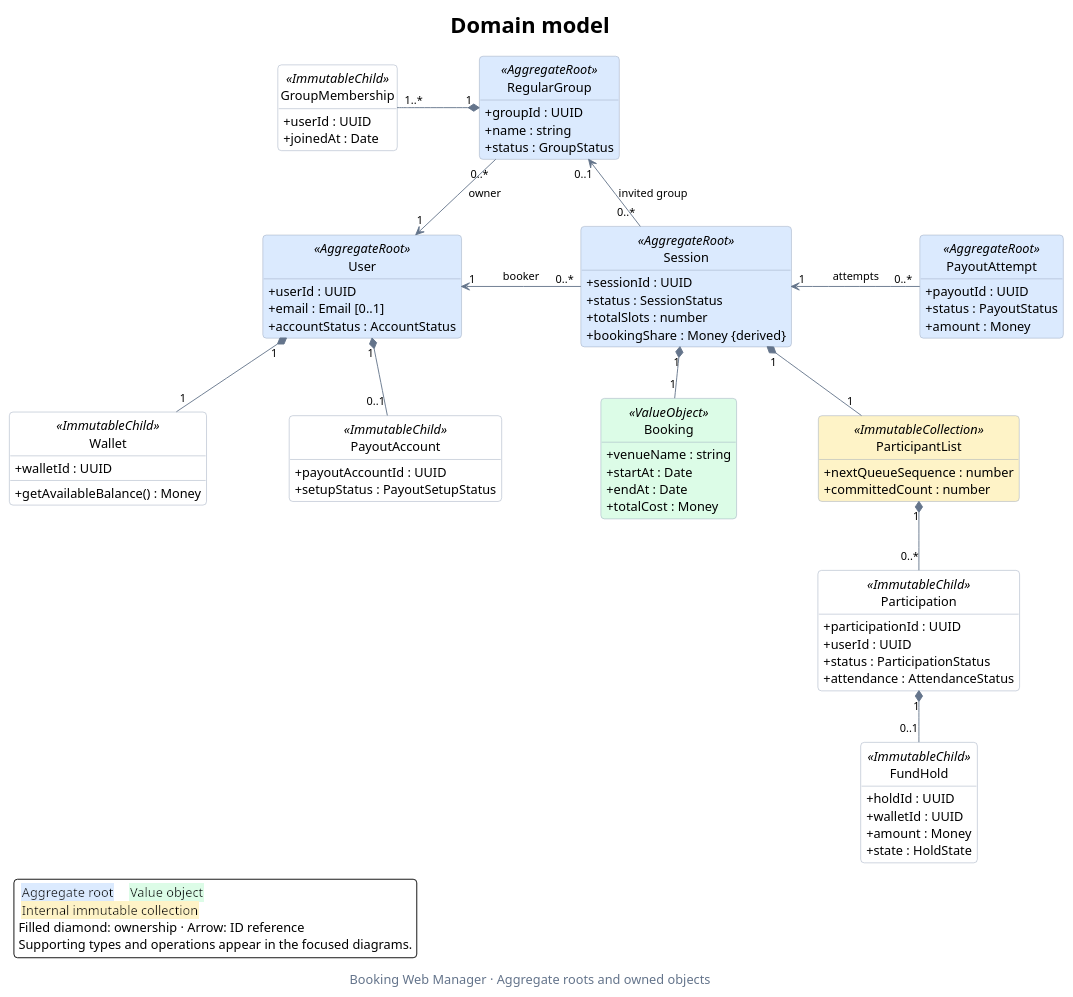
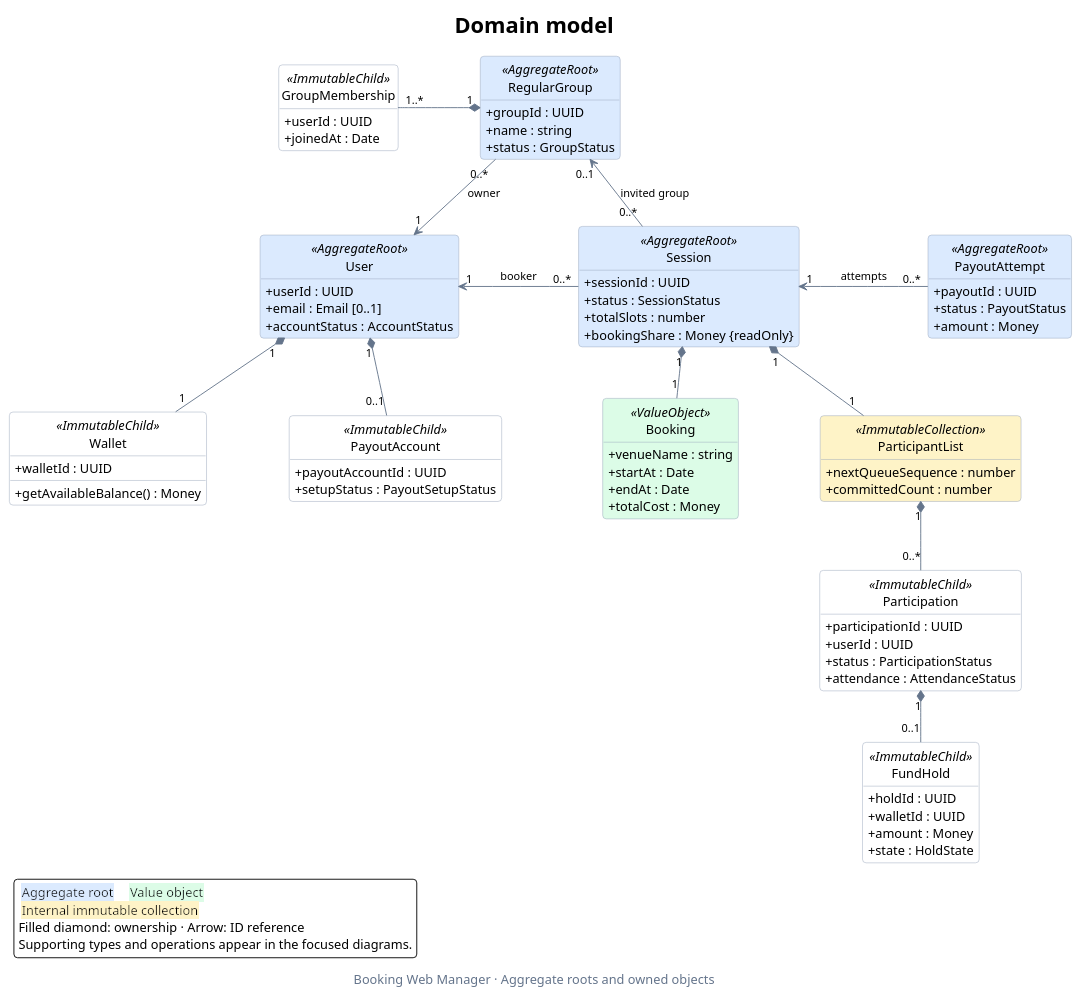
Before and after one commit to rbrishi15/booking-web-manager: the diagram in docs/domain-class-diagram.puml, drawn with PlantUML. The commit also changed 67 other files, not shown here.

```diff
--- a/docs/domain-class-diagram.puml
+++ b/docs/domain-class-diagram.puml
@@ -1,105 +1,105 @@
 @startuml domain-class-diagram
 ' Main view: aggregate ownership and the main cross-aggregate references.
 ' Supporting values, role views, ledger queries and operations are in diagrams/.
 title Domain model
 caption Booking Web Manager · Aggregate roots and owned objects
 
 top to bottom direction
 hide circle
 hide empty members
 skinparam backgroundColor #FFFFFF
 skinparam shadowing false
 skinparam roundcorner 8
 skinparam defaultFontName SansSerif
 skinparam defaultFontSize 14
 skinparam titleFontSize 24
 skinparam captionFontColor #64748B
 skinparam ArrowColor #64748B
 skinparam ArrowFontSize 12
 skinparam classBorderColor #94A3B8
 skinparam classBackgroundColor #FFFFFF
 skinparam classBackgroundColor<<AggregateRoot>> #DBEAFE
 skinparam classBackgroundColor<<ValueObject>> #DCFCE7
 skinparam classBackgroundColor<<ImmutableCollection>> #FEF3C7
 skinparam classAttributeIconSize 0
 skinparam linetype polyline
 skinparam nodesep 90
 skinparam ranksep 55
 
 class User <<AggregateRoot>> {
   +userId : UUID
   +email : Email [0..1]
   +accountStatus : AccountStatus
 }
 class RegularGroup <<AggregateRoot>> {
   +groupId : UUID
   +name : string
   +status : GroupStatus
 }
 class Session <<AggregateRoot>> {
   +sessionId : UUID
   +status : SessionStatus
   +totalSlots : number
-  +bookingShare : Money {derived}
+  +bookingShare : Money {readOnly}
 }
 class PayoutAttempt <<AggregateRoot>> {
   +payoutId : UUID
   +status : PayoutStatus
   +amount : Money
 }
 class Wallet <<ImmutableChild>> {
   +walletId : UUID
   +getAvailableBalance() : Money
 }
 class PayoutAccount <<ImmutableChild>> {
   +payoutAccountId : UUID
   +setupStatus : PayoutSetupStatus
 }
 class GroupMembership <<ImmutableChild>> {
   +userId : UUID
   +joinedAt : Date
 }
 class Booking <<ValueObject>> {
   +venueName : string
   +startAt : Date
   +endAt : Date
   +totalCost : Money
 }
 class Participation <<ImmutableChild>> {
   +participationId : UUID
   +userId : UUID
   +status : ParticipationStatus
   +attendance : AttendanceStatus
 }
 class ParticipantList <<ImmutableCollection>> {
   +nextQueueSequence : number
   +committedCount : number
 }
 class FundHold <<ImmutableChild>> {
   +holdId : UUID
   +walletId : UUID
   +amount : Money
   +state : HoldState
 }
 
 ' Keep the aggregate references together; owned children branch downward.
 User "1" <-right- "0..*" Session : booker
 Session "1" <-right- "0..*" PayoutAttempt : attempts
 RegularGroup "0..*" -down-> "1" User : owner
 Session "0..*" -up-> "0..1" RegularGroup : invited group
 
 User "1" *-down- "1" Wallet
 User "1" *-down- "0..1" PayoutAccount
 RegularGroup "1" *-left- "1..*" GroupMembership
 Session "1" *-down- "1" Booking
 Session "1" *-down- "1" ParticipantList
 ParticipantList "1" *-down- "0..*" Participation
 Participation "1" *-down- "0..1" FundHold
 
 legend bottom left
   <back:#DBEAFE> Aggregate root </back>   <back:#DCFCE7> Value object </back>
   <back:#FEF3C7> Internal immutable collection </back>
   Filled diamond: ownership · Arrow: ID reference
   Supporting types and operations appear in the focused diagrams.
 endlegend
 @enduml
```
